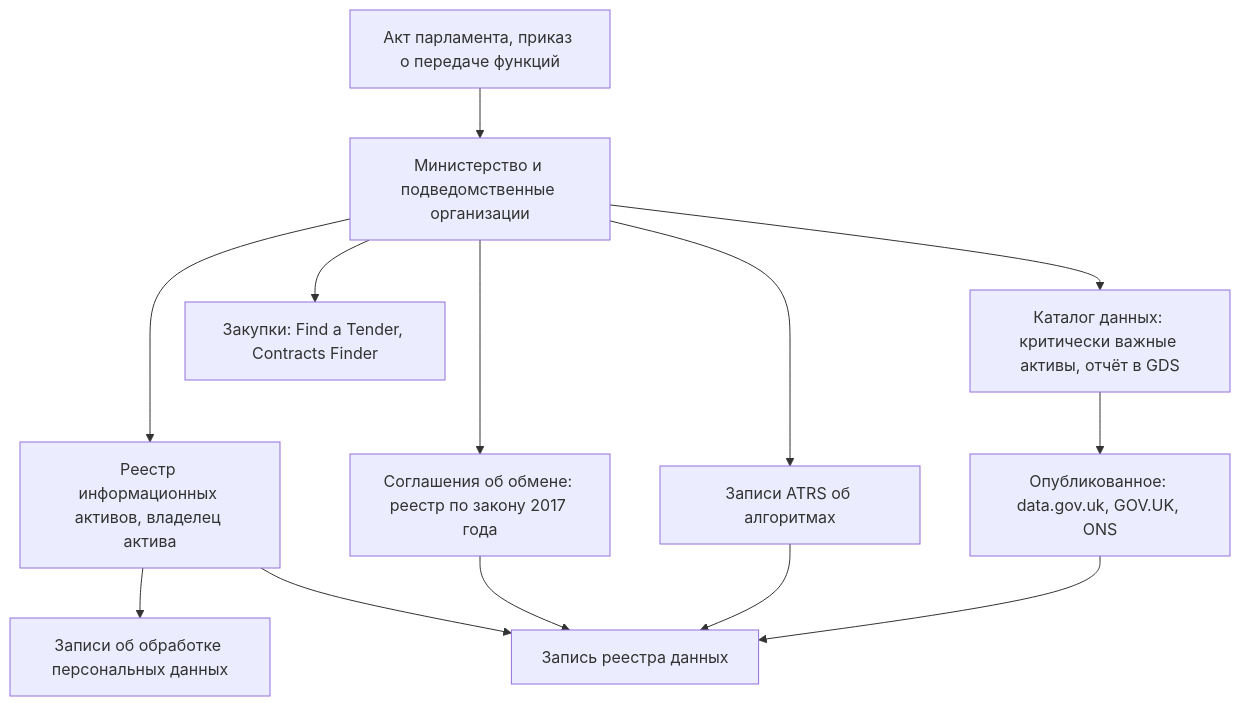
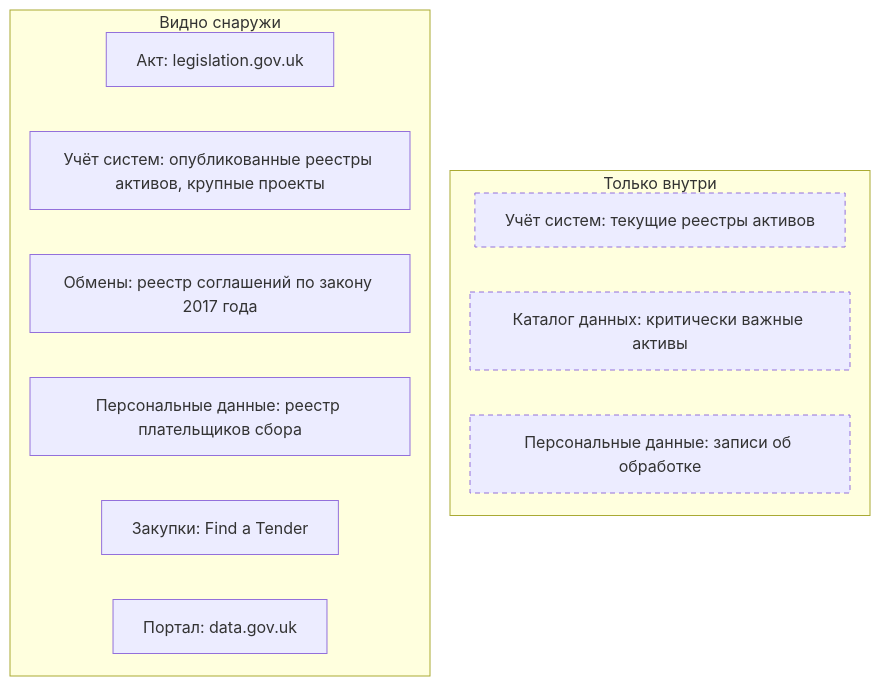
The diagram in docs/07-countries/03-united-kingdom.md (ivbeg/data-inventory), drawn with Mermaid before and after one commit. The commit also changed other lines of this file and 54 other files, not shown here.

````diff
--- a/docs/07-countries/03-united-kingdom.md
+++ b/docs/07-countries/03-united-kingdom.md
@@ -24,15 +13,21 @@
 ```mermaid
-flowchart TB
-  A["Акт парламента, приказ о передаче функций"] --> M["Министерство и подведомственные организации"]
-  M --> I["Реестр информационных активов, владелец актива"]
-  M --> C["Каталог данных: критически важные активы, отчёт в GDS"]
-  I --> P["Записи об обработке персональных данных"]
-  M --> S["Соглашения об обмене: реестр по закону 2017 года"]
-  M --> T["Записи ATRS об алгоритмах"]
-  M --> F["Закупки: Find a Tender, Contracts Finder"]
-  C --> O["Опубликованное: data.gov.uk, GOV.UK, ONS"]
-  I --> R["Запись реестра данных"]
-  S --> R
-  T --> R
-  O --> R
+---
+config:
+  flowchart:
+    wrappingWidth: 320
+    nodeSpacing: 20
+    rankSpacing: 20
+---
+flowchart LR
+  subgraph OUT["Видно снаружи"]
+    direction TB
+    A["Акт: legislation.gov.uk"] ~~~ S["Учёт систем: опубликованные реестры активов, крупные проекты"] ~~~ E["Обмены: реестр соглашений по закону 2017 года"] ~~~ D["Персональные данные: реестр плательщиков сбора"] ~~~ Z["Закупки: Find a Tender"] ~~~ P["Портал: data.gov.uk"]
+  end
+  subgraph IN["Только внутри"]
+    direction TB
+    S2["Учёт систем: текущие реестры активов"] ~~~ C["Каталог данных: критически важные активы"] ~~~ D2["Персональные данные: записи об обработке"]
+  end
+  OUT ~~~ IN
+  classDef inside stroke-dasharray: 5 4
+  class S2,C,D2 inside
 ```
````
